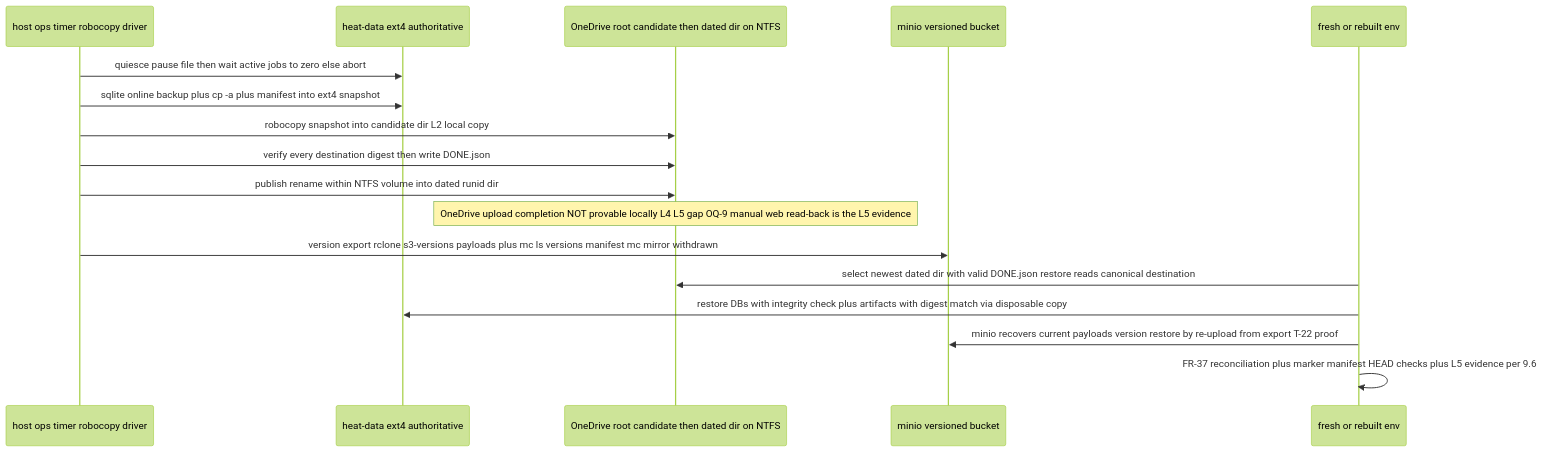
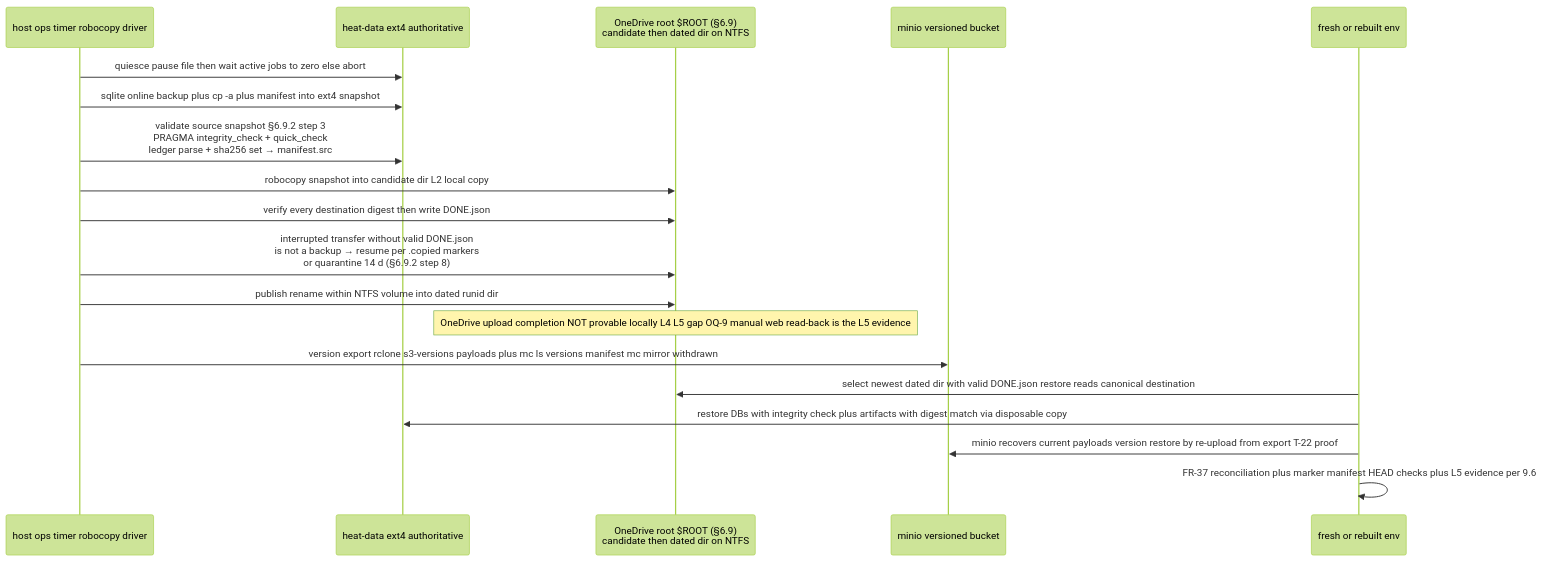
Before and after one commit to jstevenjacobs/HE-toolstack: the ninth of 9 diagrams in docs/HE-TOOLSTACK-TECHNICAL-DESIGN.md, drawn with Mermaid (forest theme). The commit also changed other lines of this file and 2 other files, not shown here.

Commit message:
dp(R5-ops-fixes): council ops findings M3/M5/M7 fixed per owner ruling (operator agreed 2026-11-24) — D4 console edge [proposal] loopback tag; D9 step-2 grace-wait + re-issue-kill annotation; §2b M5 row erratum to six §6.10 steps; D8 +§6.9.2 step-3 validation + step-8 interrupted-transfer messages; D8 $ROOT participant with §6.9 pointer; label/additive level only, HARD STOP intact

````diff
--- a/docs/HE-TOOLSTACK-TECHNICAL-DESIGN.md
+++ b/docs/HE-TOOLSTACK-TECHNICAL-DESIGN.md
@@ -1793,19 +1793,21 @@
 ```mermaid
 sequenceDiagram
     participant H as host ops timer robocopy driver
     participant HD as heat-data ext4 authoritative
-    participant C as OneDrive root candidate then dated dir on NTFS
+    participant C as OneDrive root $ROOT (§6.9)<br/>candidate then dated dir on NTFS
     participant M as minio versioned bucket
     participant N as fresh or rebuilt env
     H->>HD: quiesce pause file then wait active jobs to zero else abort
     H->>HD: sqlite online backup plus cp -a plus manifest into ext4 snapshot
+    H->>HD: validate source snapshot §6.9.2 step 3<br/>PRAGMA integrity_check + quick_check<br/>ledger parse + sha256 set → manifest.src
     H->>C: robocopy snapshot into candidate dir L2 local copy
     H->>C: verify every destination digest then write DONE.json
+    H->>C: interrupted transfer without valid DONE.json<br/>is not a backup → resume per .copied markers<br/>or quarantine 14 d (§6.9.2 step 8)
     H->>C: publish rename within NTFS volume into dated runid dir
     Note over C: OneDrive upload completion NOT provable locally L4 L5 gap OQ-9 manual web read-back is the L5 evidence
     H->>M: version export rclone s3-versions payloads plus mc ls versions manifest mc mirror withdrawn
     N->>C: select newest dated dir with valid DONE.json restore reads canonical destination
     N->>HD: restore DBs with integrity check plus artifacts with digest match via disposable copy
     N->>M: minio recovers current payloads version restore by re-upload from export T-22 proof
     N->>N: FR-37 reconciliation plus marker manifest HEAD checks plus L5 evidence per 9.6
 ```
````
